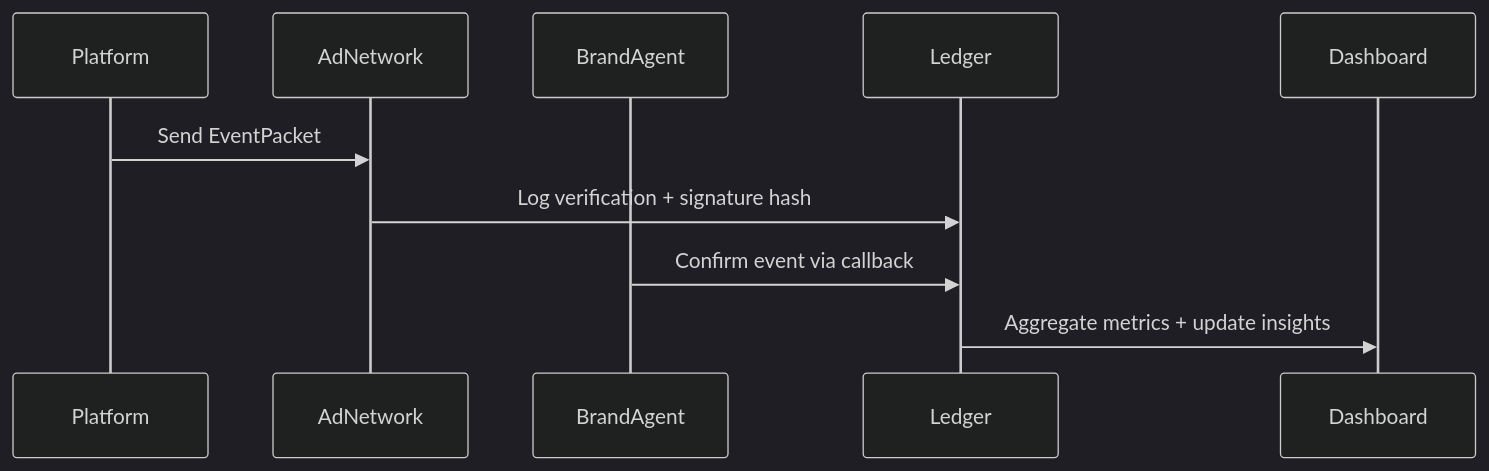
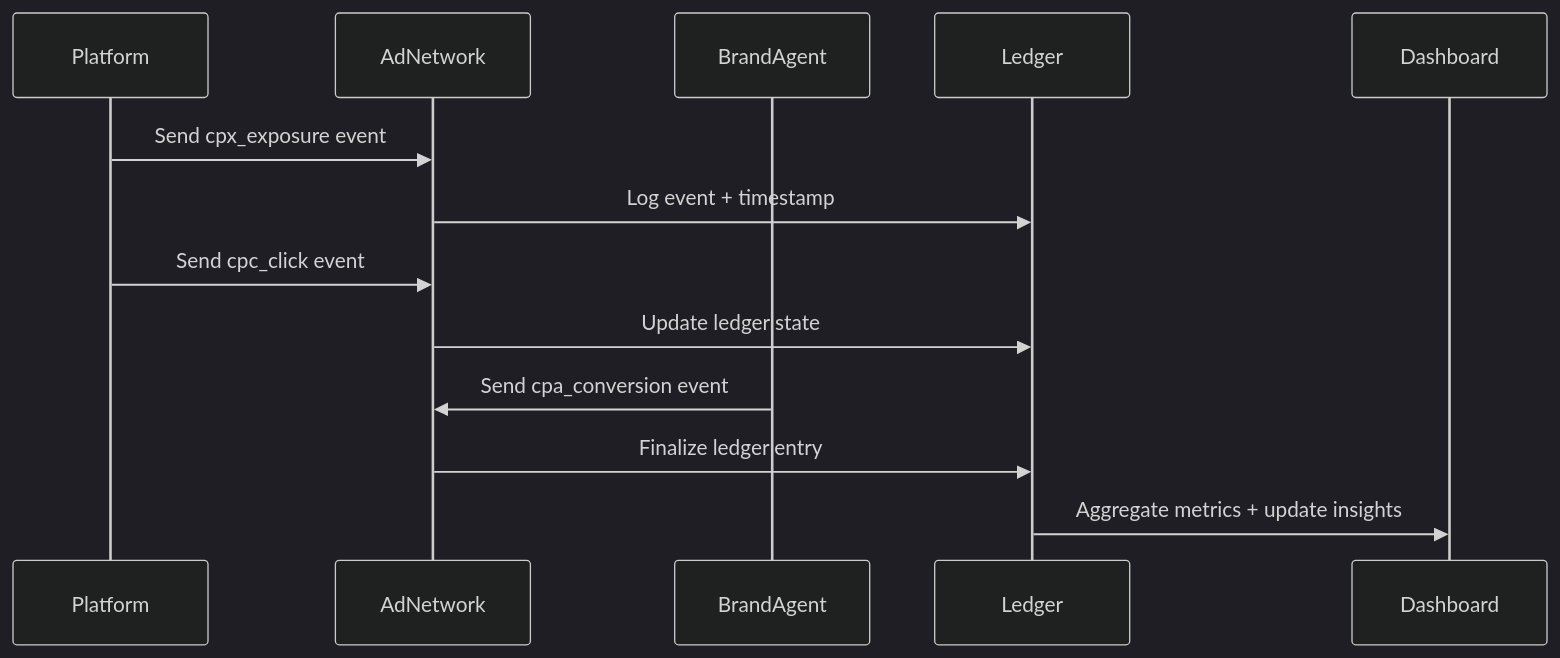
Before and after one commit to GouniManikumar12/mintlify-docs: the diagram in observability.mdx, drawn with Mermaid (dark theme). The commit also changed other lines of this file and 12 other files, not shown here.

First line of the commit message:
Revise protocol docs for clarity and schema updates

````diff
--- a/observability.mdx
+++ b/observability.mdx
@@ -96,12 +100,15 @@
 ```mermaid
 sequenceDiagram
   participant Platform
   participant AdNetwork
   participant BrandAgent
   participant Ledger
 
-  Platform->>AdNetwork: Send EventPacket
-  AdNetwork->>Ledger: Log verification + signature hash
-  BrandAgent->>Ledger: Confirm event via callback
+  Platform->>AdNetwork: Send cpx_exposure event
+  AdNetwork->>Ledger: Log event + timestamp
+  Platform->>AdNetwork: Send cpc_click event
+  AdNetwork->>Ledger: Update ledger state
+  BrandAgent->>AdNetwork: Send cpa_conversion event
+  AdNetwork->>Ledger: Finalize ledger entry
   Ledger->>Dashboard: Aggregate metrics + update insights
 ```
````
